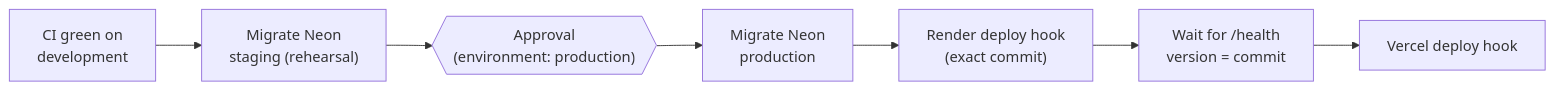
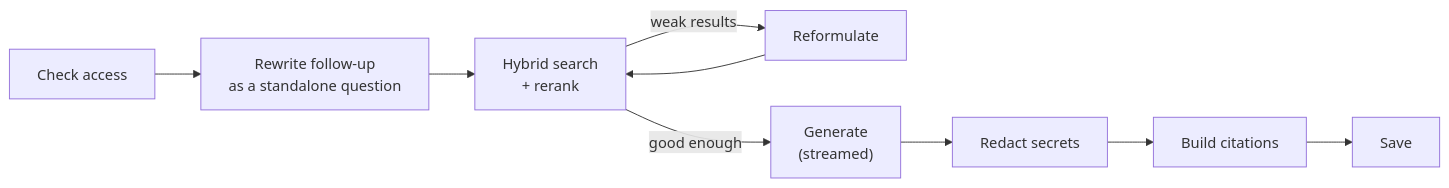
The second of 2 diagrams in README.md (pavankumarbattineni/Trench), drawn with Mermaid before and after one commit. The commit also changed other lines of this file, not shown here.

````diff
--- a/README.md
+++ b/README.md
@@ -617,9 +66,8 @@
 ```mermaid
 flowchart LR
-    CI["CI green on<br/>development"] --> S["Migrate Neon<br/>staging (rehearsal)"]
-    S --> A{{"Approval<br/>(environment: production)"}}
-    A --> M[Migrate Neon<br/>production]
-    M --> R["Render deploy hook<br/>(exact commit)"]
-    R --> H["Wait for /health<br/>version = commit"]
-    H --> V[Vercel deploy hook]
+    A[Check access] --> B["Rewrite follow-up<br/>as a standalone question"]
+    B --> C["Hybrid search<br/>+ rerank"]
+    C -->|weak results| D[Reformulate] --> C
+    C -->|good enough| E["Generate<br/>(streamed)"]
+    E --> F[Redact secrets] --> G[Build citations] --> H[Save]
 ```
````
